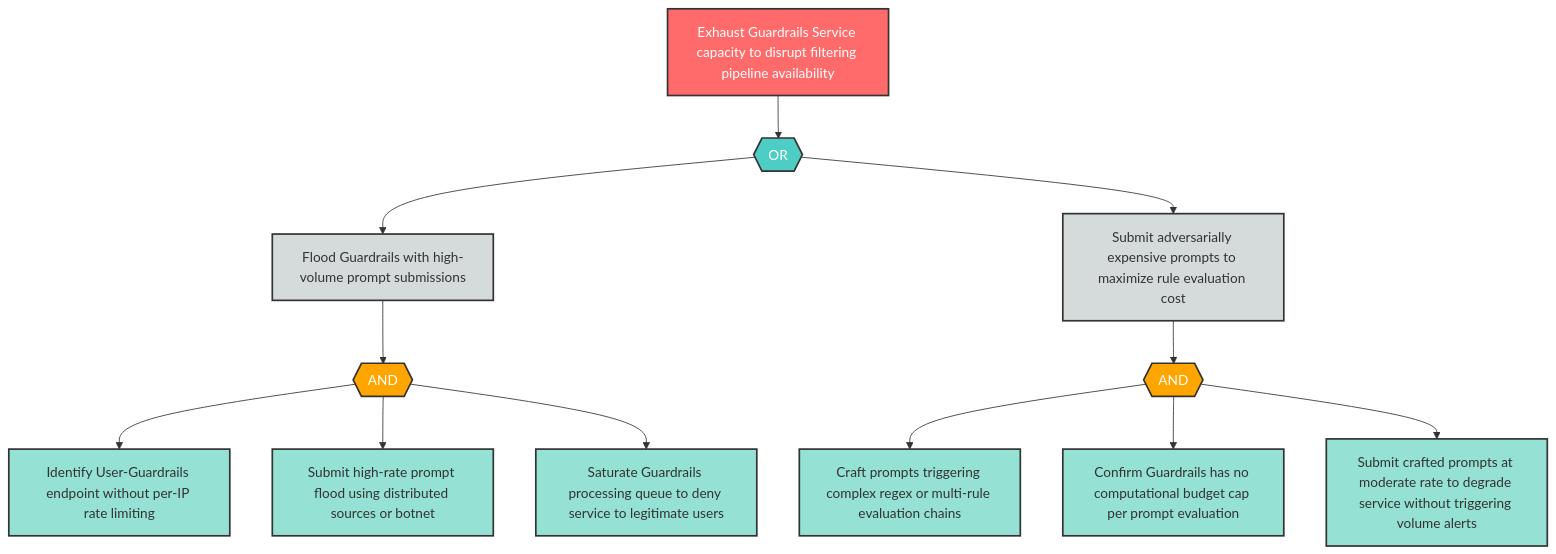
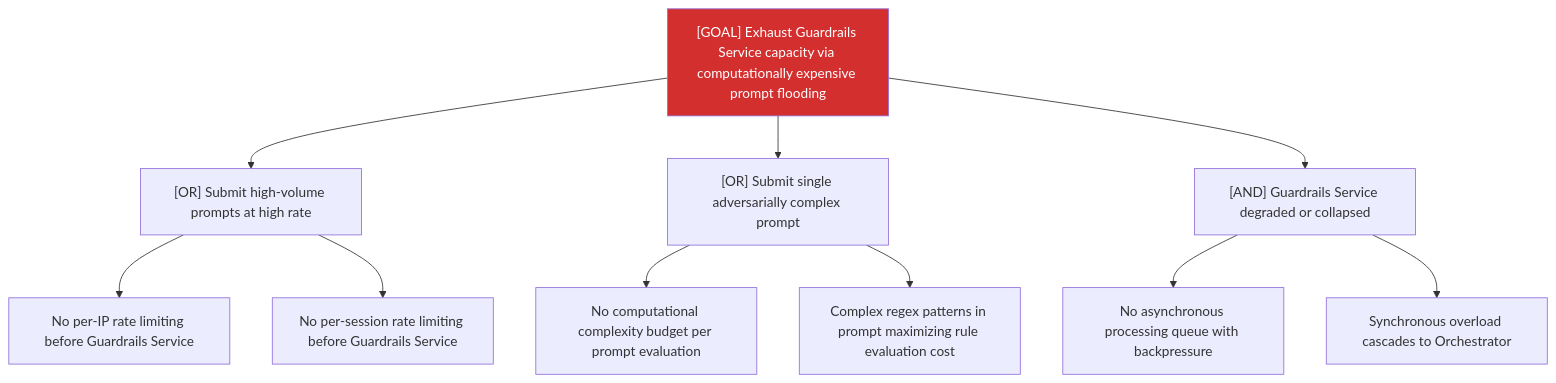
One commit to q-qp-p/davidmatousek-tachi changed the diagram in examples/agentic-app/sample-report/attack-trees/d-1-attack-tree.md. Above: the diagram before and after it, drawn with Mermaid. The commit also changed other lines of this file and 132 other files, not shown here.

````diff
--- a/examples/agentic-app/sample-report/attack-trees/d-1-attack-tree.md
+++ b/examples/agentic-app/sample-report/attack-trees/d-1-attack-tree.md
@@ -8,39 +7,15 @@
 ```mermaid
-flowchart TD
-    D1_root["Exhaust Guardrails Service capacity to disrupt filtering pipeline availability"]
-    D1_or1{{"OR"}}
-    D1_sub1["Flood Guardrails with high-volume prompt submissions"]
-    D1_sub2["Submit adversarially expensive prompts to maximize rule evaluation cost"]
-    D1_and1{{"AND"}}
-    D1_leaf1["Identify User-Guardrails endpoint without per-IP rate limiting"]
-    D1_leaf2["Submit high-rate prompt flood using distributed sources or botnet"]
-    D1_leaf3["Saturate Guardrails processing queue to deny service to legitimate users"]
-    D1_and2{{"AND"}}
-    D1_leaf4["Craft prompts triggering complex regex or multi-rule evaluation chains"]
-    D1_leaf5["Confirm Guardrails has no computational budget cap per prompt evaluation"]
-    D1_leaf6["Submit crafted prompts at moderate rate to degrade service without triggering volume alerts"]
-
-    D1_root --> D1_or1
-    D1_or1 --> D1_sub1
-    D1_or1 --> D1_sub2
-    D1_sub1 --> D1_and1
-    D1_and1 --> D1_leaf1
-    D1_and1 --> D1_leaf2
-    D1_and1 --> D1_leaf3
-    D1_sub2 --> D1_and2
-    D1_and2 --> D1_leaf4
-    D1_and2 --> D1_leaf5
-    D1_and2 --> D1_leaf6
-
-    classDef goal fill:#ff6b6b,stroke:#333,stroke-width:2px,color:#fff
-    classDef andGate fill:#ffa500,stroke:#333,stroke-width:2px,color:#fff
-    classDef orGate fill:#4ecdc4,stroke:#333,stroke-width:2px,color:#fff
-    classDef subGoal fill:#d5dbdb,stroke:#333,stroke-width:2px,color:#333
-    classDef leaf fill:#95e1d3,stroke:#333,stroke-width:2px,color:#333
-
-    class D1_root goal
-    class D1_or1 orGate
-    class D1_and1,D1_and2 andGate
-    class D1_sub1,D1_sub2 subGoal
-    class D1_leaf1,D1_leaf2,D1_leaf3,D1_leaf4,D1_leaf5,D1_leaf6 leaf
+graph TD
+    Goal["[GOAL] Exhaust Guardrails Service capacity via computationally expensive prompt flooding"]
+    Goal --> A["[OR] Submit high-volume prompts at high rate"]
+    A --> A1["No per-IP rate limiting before Guardrails Service"]
+    A --> A2["No per-session rate limiting before Guardrails Service"]
+    Goal --> B["[OR] Submit single adversarially complex prompt"]
+    B --> B1["No computational complexity budget per prompt evaluation"]
+    B --> B2["Complex regex patterns in prompt maximizing rule evaluation cost"]
+    Goal --> C["[AND] Guardrails Service degraded or collapsed"]
+    C --> C1["No asynchronous processing queue with backpressure"]
+    C --> C2["Synchronous overload cascades to Orchestrator"]
+    classDef critical fill:#d32f2f,color:#fff
+    class Goal critical
 ```
````
